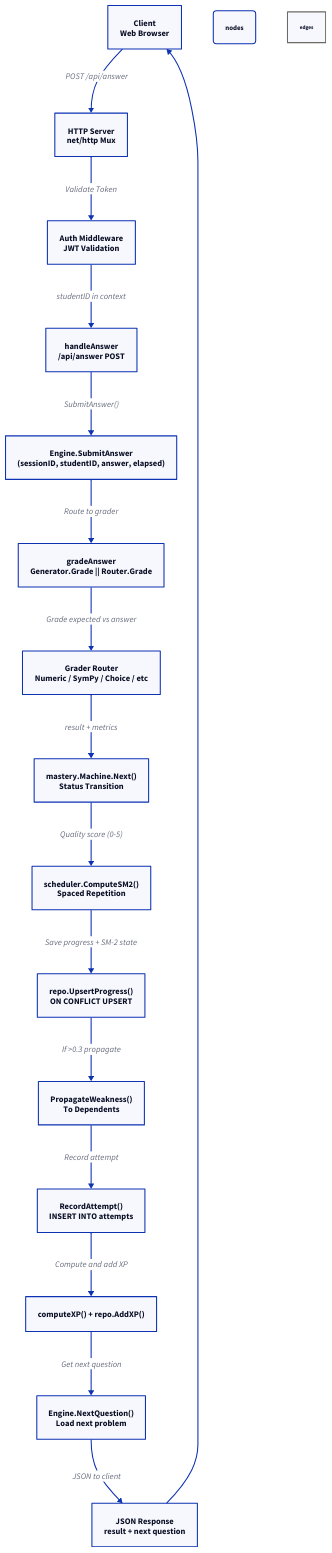
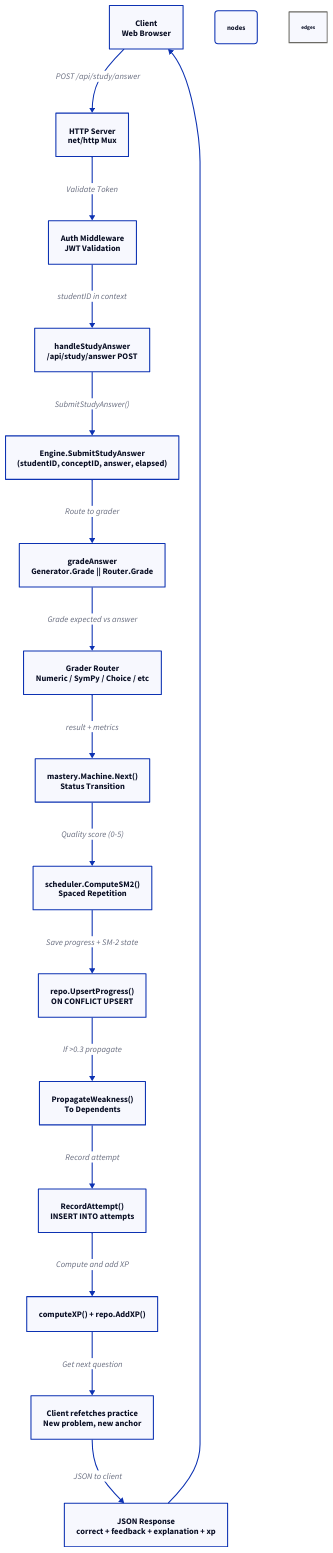
One commit to chuma-beep/mathua changed the diagram in web/next-app/diagrams/system-design-request-flow.d2. Above: the diagram before and after it, drawn with D2. The commit also changed 10 other files, not shown here.

```diff
--- a/web/next-app/diagrams/system-design-request-flow.d2
+++ b/web/next-app/diagrams/system-design-request-flow.d2
@@ -1,65 +1,65 @@
 # Mathua Request Flow  --  Answer Submission
 
 direction: down
 
 Client: Client\nWeb Browser
 
 Server: HTTP Server\nnet/http Mux
 
 Auth: Auth Middleware\nJWT Validation
 
-Handler: handleAnswer\n/api/answer POST
+Handler: handleStudyAnswer\n/api/study/answer POST
 
-Engine: Engine.SubmitAnswer\n(sessionID, studentID, answer, elapsed)
+Engine: Engine.SubmitStudyAnswer\n(studentID, conceptID, answer, elapsed)
 
 Grade: gradeAnswer\nGenerator.Grade || Router.Grade
 
 Grader: Grader Router\nNumeric / SymPy / Choice / etc
 
 Mastery: mastery.Machine.Next()\nStatus Transition
 
 SM2: scheduler.ComputeSM2()\nSpaced Repetition
 
 Upsert: repo.UpsertProgress()\nON CONFLICT UPSERT
 
 Weakness: PropagateWeakness()\nTo Dependents
 
 Attempt: RecordAttempt()\nINSERT INTO attempts
 
 XP: computeXP() + repo.AddXP()
 
-Next: Engine.NextQuestion()\nLoad next problem
+Next: Client refetches practice\nNew problem, new anchor
 
-Response: JSON Response\nresult + next question
+Response: JSON Response\ncorrect + feedback + explanation + xp
 
 # Flow
-Client -> Server: POST /api/answer
+Client -> Server: POST /api/study/answer
 Server -> Auth: Validate Token
 Auth -> Handler: studentID in context
-Handler -> Engine: SubmitAnswer()
+Handler -> Engine: SubmitStudyAnswer()
 Engine -> Grade: Route to grader
 Grade -> Grader: Grade expected vs answer
 Grader -> Mastery: result + metrics
 Mastery -> SM2: Quality score (0-5)
 SM2 -> Upsert: Save progress + SM-2 state
 Upsert -> Weakness: If >0.3 propagate
 Weakness -> Attempt: Record attempt
 Attempt -> XP: Compute and add XP
 XP -> Next: Get next question
 Next -> Response: JSON to client
 Response -> Client
 
 # Styling
 nodes: {
   style: {
     font-size: 13
     border-radius: 6
   }
 }
 
 edges: {
   style: {
     stroke: "#6b6a64"
     font-size: 10
   }
 }
```
